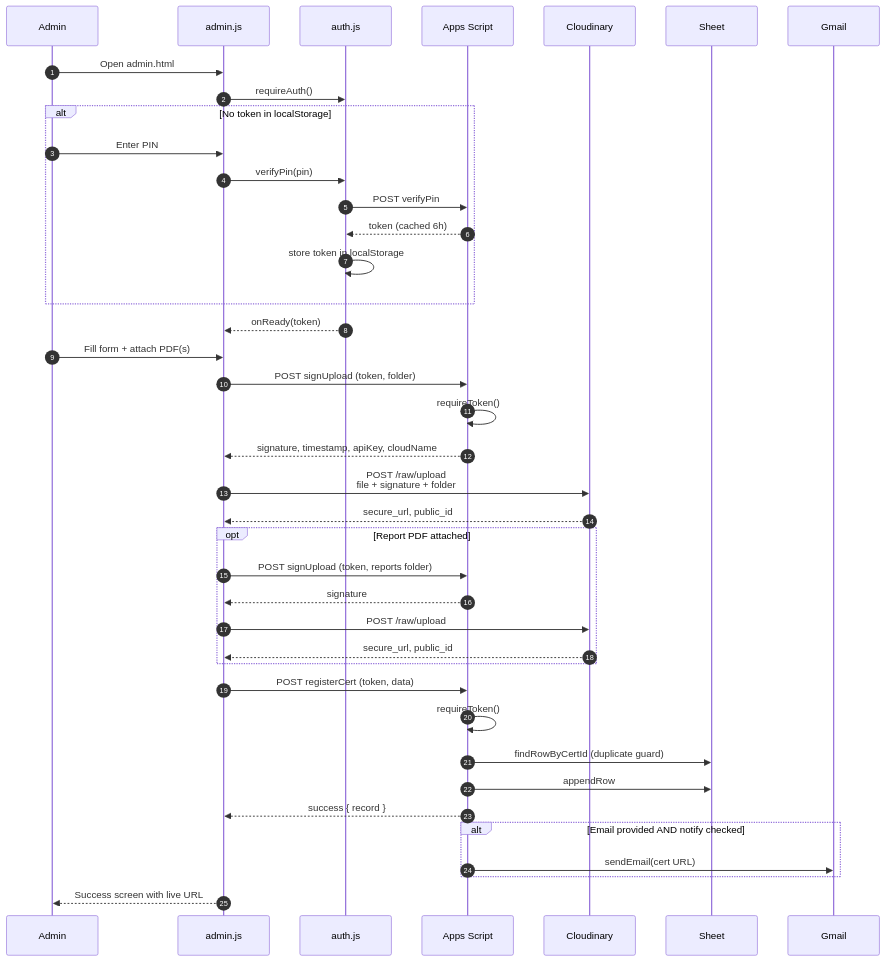
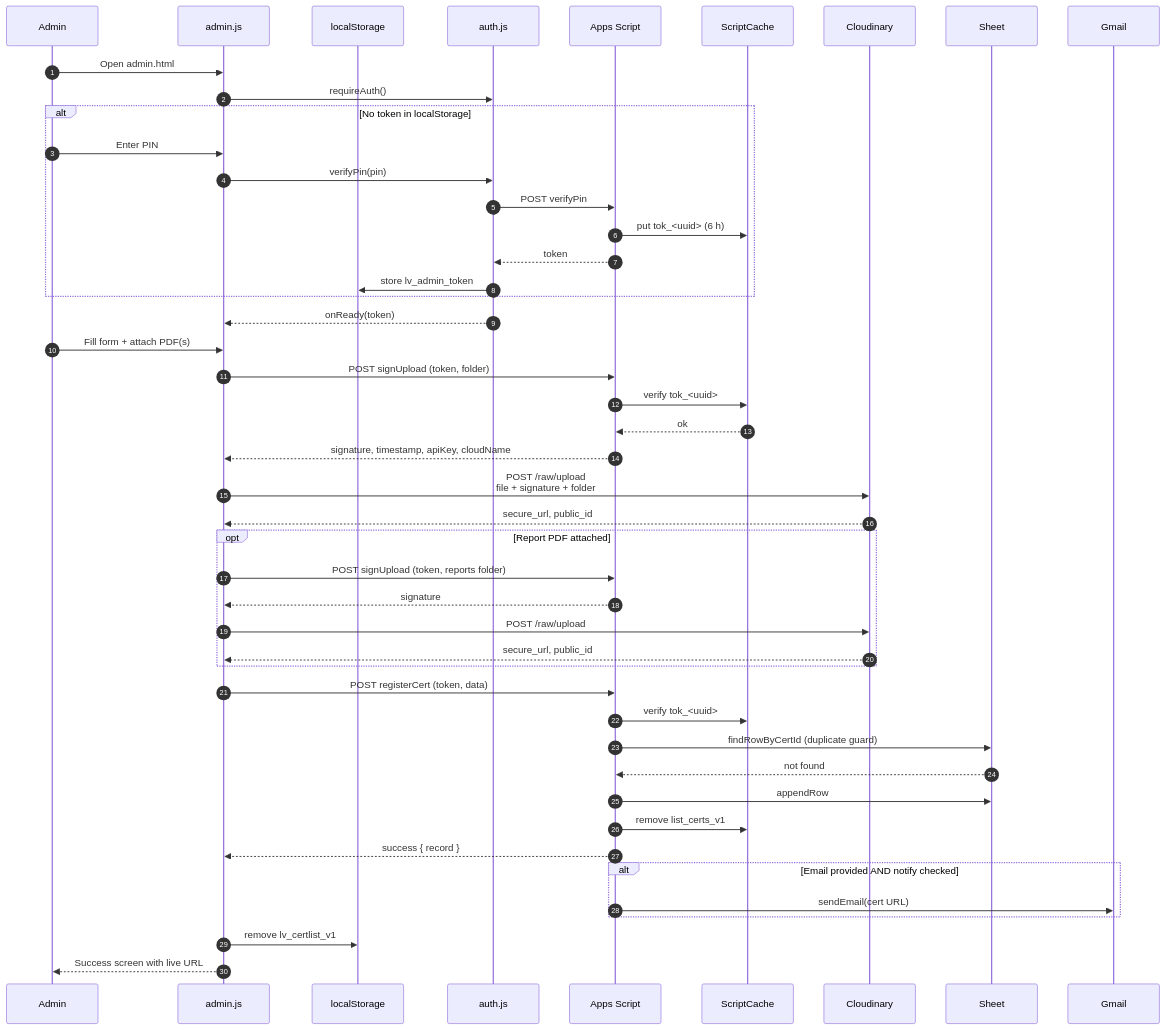
The second of 5 diagrams in README.md (LingoLand-net/admin-cert), drawn with Mermaid before and after one commit. The commit also changed other lines of this file and 4 other files, not shown here.

````diff
--- a/README.md
+++ b/README.md
@@ -49,49 +81,56 @@
 ```mermaid
 sequenceDiagram
     autonumber
     participant U  as Admin
     participant FE as admin.js
+    participant LS as localStorage
     participant AU as auth.js
     participant GS as Apps Script
+    participant SC as ScriptCache
     participant CL as Cloudinary
     participant SH as Sheet
     participant GM as Gmail
 
     U  ->> FE: Open admin.html
     FE ->> AU: requireAuth()
     alt No token in localStorage
         U  ->> FE: Enter PIN
         FE ->> AU: verifyPin(pin)
         AU ->> GS: POST verifyPin
-        GS -->> AU: token (cached 6h)
-        AU ->> AU: store token in localStorage
+        GS ->> SC: put tok_<uuid> (6 h)
+        GS -->> AU: token
+        AU ->> LS: store lv_admin_token
     end
     AU -->> FE: onReady(token)
 
     U  ->> FE: Fill form + attach PDF(s)
     FE ->> GS: POST signUpload (token, folder)
-    GS ->> GS: requireToken()
+    GS ->> SC: verify tok_<uuid>
+    SC -->> GS: ok
     GS -->> FE: signature, timestamp, apiKey, cloudName
 
     FE ->> CL: POST /raw/upload<br/>file + signature + folder
     CL -->> FE: secure_url, public_id
 
     opt Report PDF attached
         FE ->> GS: POST signUpload (token, reports folder)
         GS -->> FE: signature
         FE ->> CL: POST /raw/upload
         CL -->> FE: secure_url, public_id
     end
 
     FE ->> GS: POST registerCert (token, data)
-    GS ->> GS: requireToken()
+    GS ->> SC: verify tok_<uuid>
     GS ->> SH: findRowByCertId (duplicate guard)
+    SH -->> GS: not found
     GS ->> SH: appendRow
+    GS ->> SC: remove list_certs_v1
     GS -->> FE: success { record }
 
     alt Email provided AND notify checked
         GS ->> GM: sendEmail(cert URL)
     end
 
+    FE ->> LS: remove lv_certlist_v1
     FE -->> U: Success screen with live URL
 ```
````
